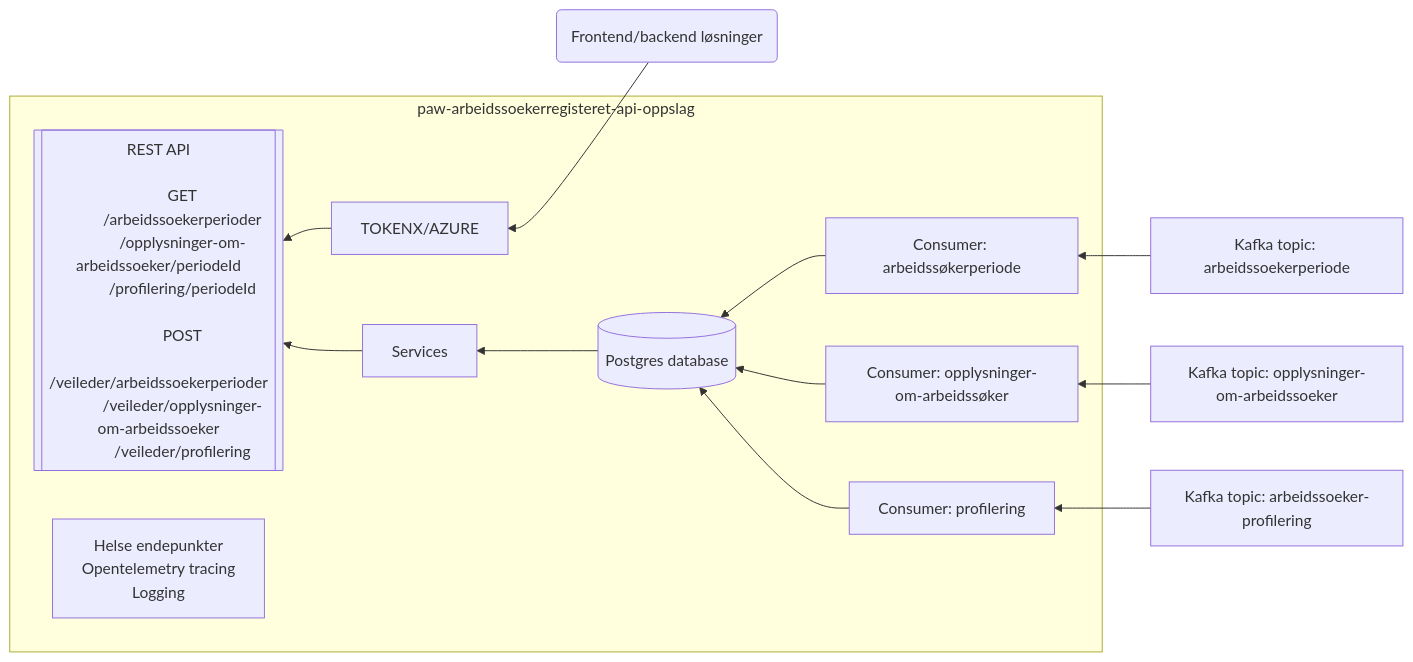
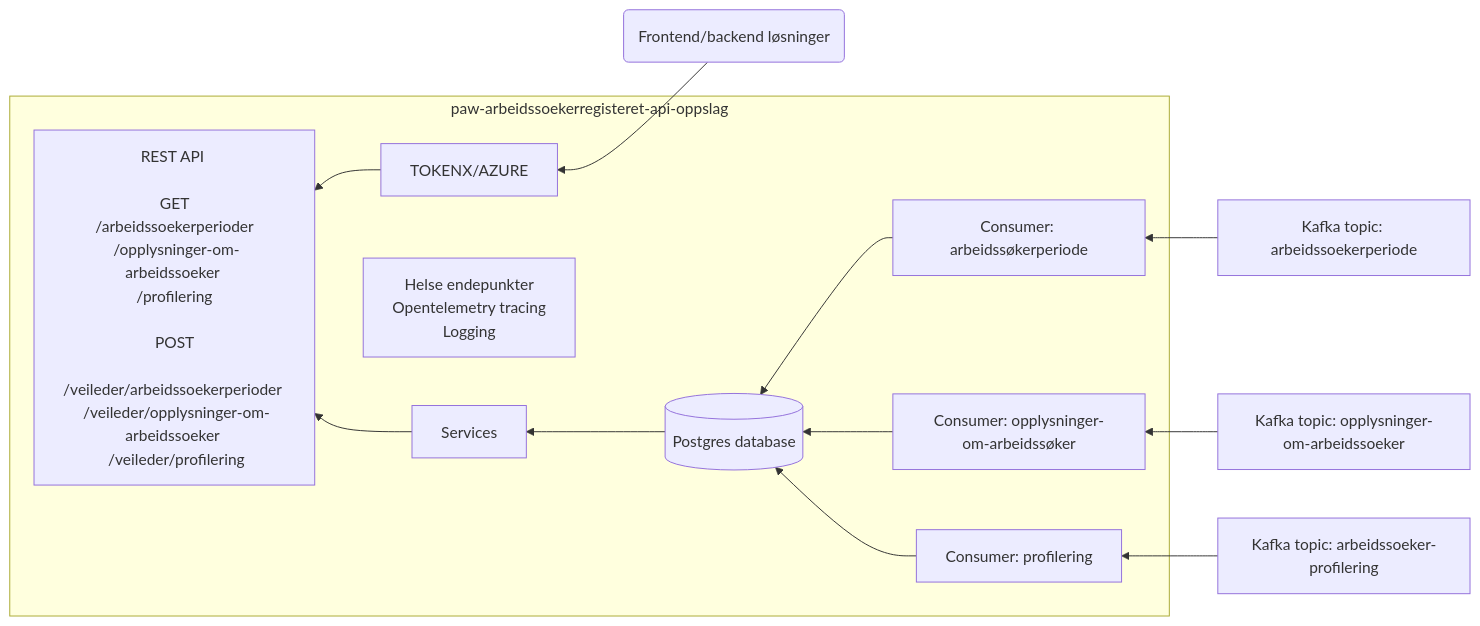
Before and after one commit to navikt/paw-arbeidssoekerregisteret-api-oppslag: the diagram in README.md, drawn with Mermaid.

Commit message:
Legger til linebreaks i flowchart

````diff
--- a/README.md
+++ b/README.md
@@ -11,43 +11,28 @@
 ```mermaid
-graph RL
-    A("Frontend/backend løsninger");
+flowchart RL;
+    A(Frontend/backend løsninger);
     subgraph paw-arbeidssoekerregisteret-api-oppslag
         B[TOKENX/AZURE];
-        id1[[
-            REST API
-
-            GET
-            /arbeidssoekerperioder
-            /opplysninger-om-arbeidssoeker/periodeId
-            /profilering/periodeId
-
-            POST
-            /veileder/arbeidssoekerperioder
-            /veileder/opplysninger-om-arbeidssoeker
-            /veileder/profilering
-        ]];
-        id2[
-            Helse endepunkter
-            Opentelemetry tracing
-            Logging
-        ];
-        D[Services];
-        E[(Postgres database)];
-        I["Consumer: arbeidssøkerperiode"]; 
-        J["Consumer: opplysninger-om-arbeidssøker"];
-        K[Consumer: profilering];
-    end
-    F[Kafka topic: arbeidssoekerperiode];
-    G[Kafka topic: opplysninger-om-arbeidssoeker];
-    H[Kafka topic: arbeidssoeker-profilering];
+        id1[REST API <br/> <br/> GET <br/> /arbeidssoekerperioder <br/> /opplysninger-om-arbeidssoeker <br/> /profilering <br/> <br/> POST <br/> /veileder/arbeidssoekerperioder <br/> /veileder/opplysninger-om-arbeidssoeker <br/> /veileder/profilering];
+        id2[Helse endepunkter <br/> Opentelemetry tracing <br/> Logging];
+        C[Services];
+        D[(Postgres database)];
+        E[Consumer: arbeidssøkerperiode];
+        F[Consumer: opplysninger-om-arbeidssøker];
+        G[Consumer: profilering];
+    end;
+    H[Kafka topic: arbeidssoekerperiode];
+    I[Kafka topic: opplysninger-om-arbeidssoeker];
+    J[Kafka topic: arbeidssoeker-profilering];
     A-->B;
     B-->id1;
-    E-->D;
-    D-->id1;
-    I-->E;
-    J-->E;
-    K-->E;
-    F-->I;
-    G-->J;
-    H-->K;
+    id2~~~id1
+    C-->id1;
+    D-->C
+    E-->D
+    F-->D;
+    G-->D;
+    J-->G;
+    I-->F;
+    H-->E;
 ```
````
